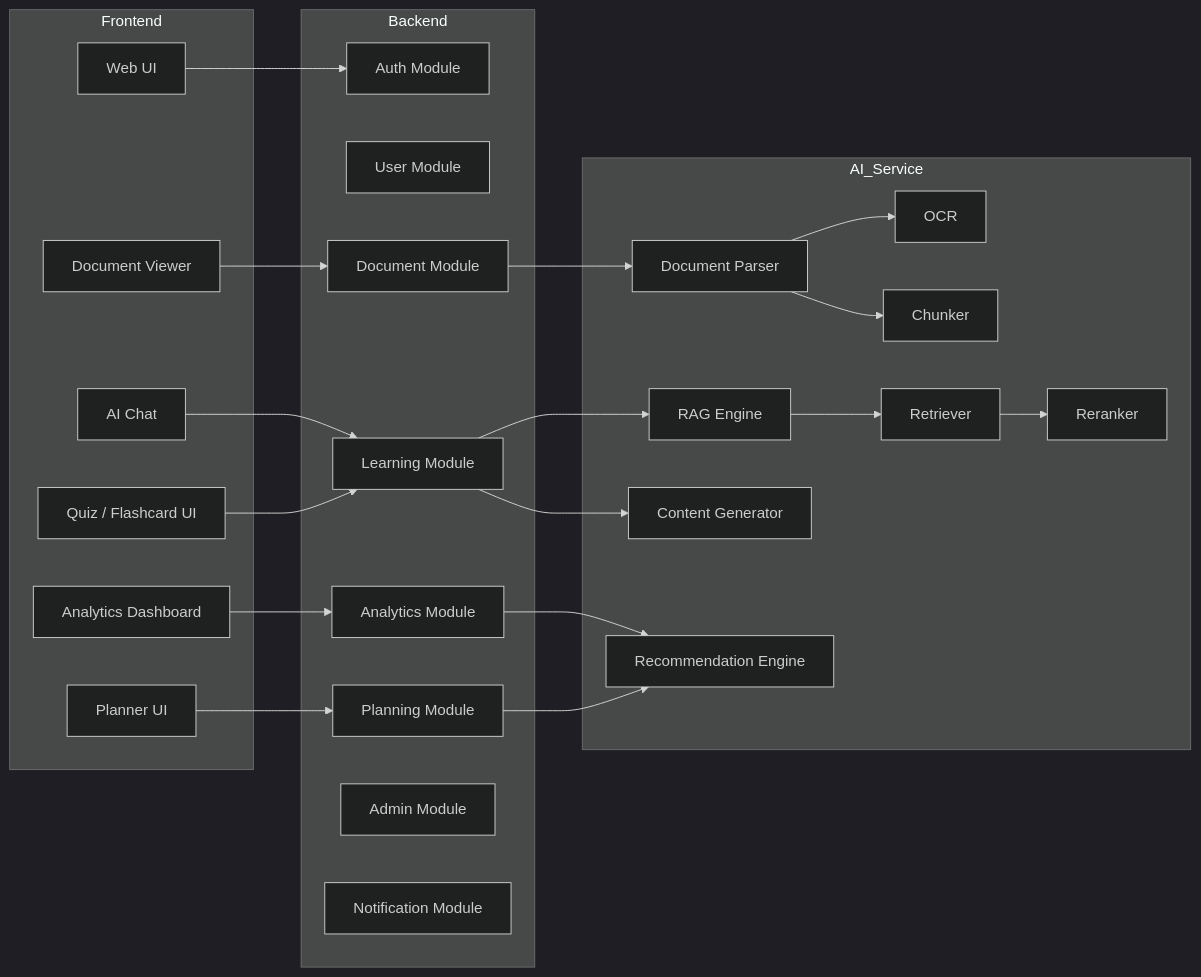
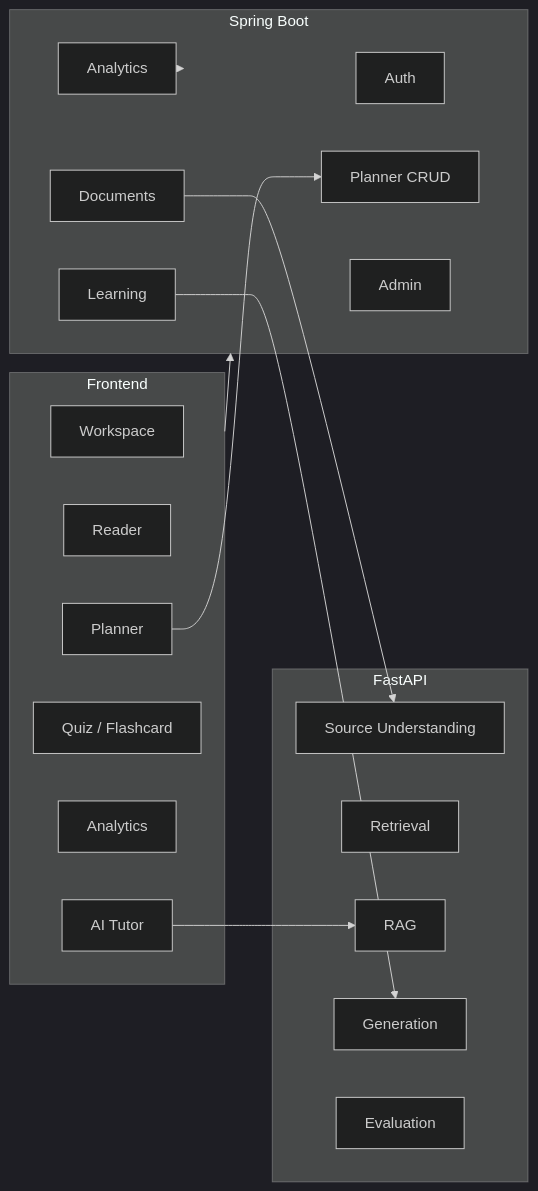
Before and after one commit to Hoang-k68a3hus/support_learning: the second of 6 diagrams in AI_Study_Assistant_2.0_Full_Graduation_Project_Idea.md, drawn with Mermaid (dark theme). The commit also changed other lines of this file, not shown here.

Commit message:
Remove personalization and recommendation scope from project design

````diff
--- a/AI_Study_Assistant_2.0_Full_Graduation_Project_Idea.md
+++ b/AI_Study_Assistant_2.0_Full_Graduation_Project_Idea.md
@@ -1019,50 +889,35 @@
 ```mermaid
 flowchart LR
-    subgraph Frontend
-        UI[Web UI]
-        DASH[Analytics Dashboard]
-        DOCUI[Document Viewer]
-        CHATUI[AI Chat]
-        QUIZUI[Quiz / Flashcard UI]
-        PLANUI[Planner UI]
+    subgraph WEB[Frontend]
+        WS[Workspace]
+        READER[Reader]
+        TUTOR[AI Tutor]
+        QUIZ[Quiz / Flashcard]
+        ANA[Analytics]
+        PLAN[Planner]
     end
 
-    subgraph Backend
-        AUTH[Auth Module]
-        USER[User Module]
-        DOC[Document Module]
-        LEARN[Learning Module]
-        ANALYTICS[Analytics Module]
-        PLAN[Planning Module]
-        ADMIN[Admin Module]
-        NOTI[Notification Module]
+    subgraph APP[Spring Boot]
+        AUTH[Auth]
+        DOC[Documents]
+        LEARN[Learning]
+        ANALYTICS[Analytics]
+        PLANNER[Planner CRUD]
+        ADMIN[Admin]
     end
 
-    subgraph AI_Service
-        PARSER[Document Parser]
-        OCR[OCR]
-        CHUNK[Chunker]
-        RET[Retriever]
-        RERANK[Reranker]
-        RAG[RAG Engine]
-        GEN[Content Generator]
-        RECOMMEND[Recommendation Engine]
+    subgraph AIS[FastAPI]
+        SU[Source Understanding]
+        RET[Retrieval]
+        RAG[RAG]
+        GEN[Generation]
+        EVAL[Evaluation]
     end
 
-    UI --> AUTH
-    DOCUI --> DOC
-    CHATUI --> LEARN
-    QUIZUI --> LEARN
-    DASH --> ANALYTICS
-    PLANUI --> PLAN
-
-    DOC --> PARSER
-    PARSER --> OCR
-    PARSER --> CHUNK
-    LEARN --> RAG
-    RAG --> RET
-    RET --> RERANK
+    WEB --> APP
+    DOC --> SU
+    TUTOR --> RAG
     LEARN --> GEN
-    ANALYTICS --> RECOMMEND
-    PLAN --> RECOMMEND
+    ANALYTICS --> APP
+    PLAN --> PLANNER
 ```
````
